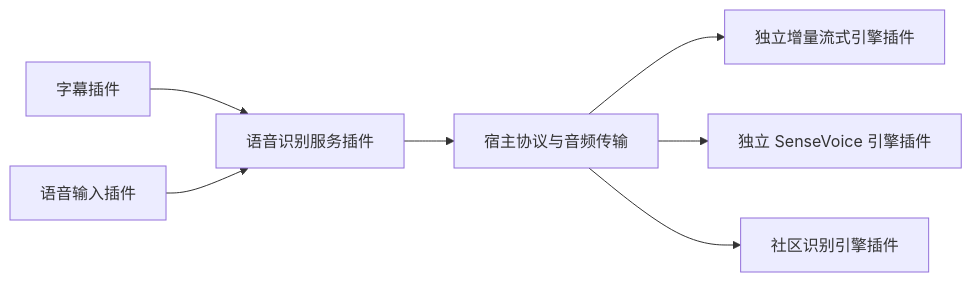
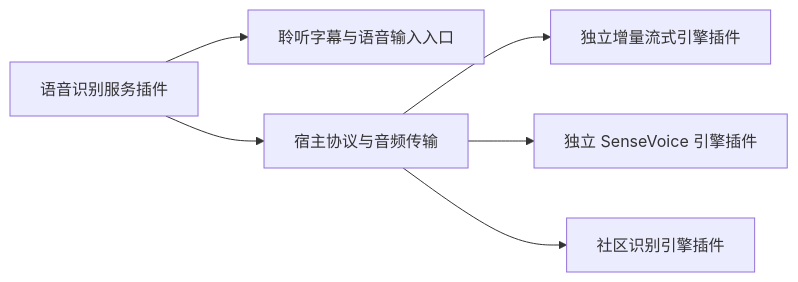
Before and after one commit to KIGTTS/KIGTTSNEXT: the diagram in docs/recognition-service.md, drawn with Mermaid. The commit also changed other lines of this file and 337 other files, not shown here.

````diff
--- a/docs/recognition-service.md
+++ b/docs/recognition-service.md
@@ -5,9 +5,8 @@
 ```mermaid
 flowchart LR
-  Captions[字幕插件] --> Service[语音识别服务插件]
-  Input[语音输入插件] --> Service
+  Service[语音识别服务插件] --> Captions[聆听字幕与语音输入入口]
   Service --> Broker[宿主协议与音频传输]
   Broker --> Online[独立增量流式引擎插件]
   Broker --> Sense[独立 SenseVoice 引擎插件]
   Broker --> Community[社区识别引擎插件]
 ```
````
